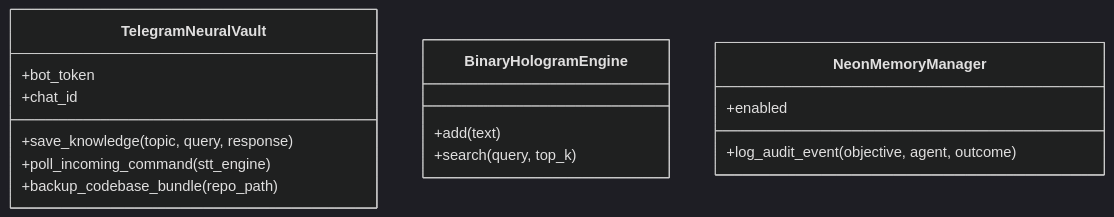
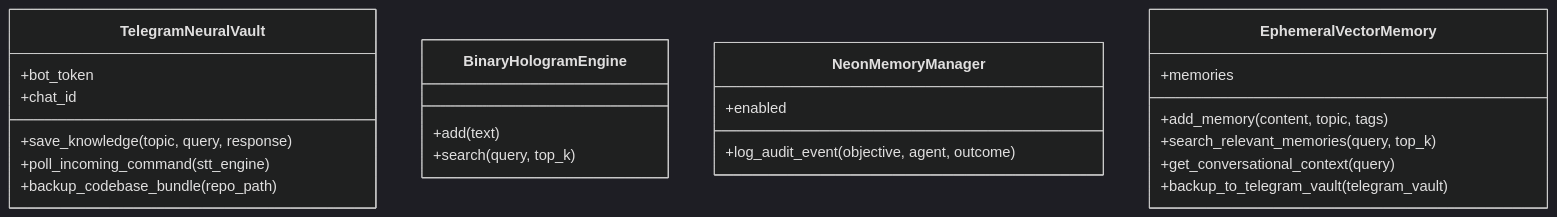
One commit to SAGBO4/FreeAi changed the diagram in docs/architecture/memory/classes.md. Above: the diagram before and after it, drawn with Mermaid (dark theme). The commit also changed 4 other files, not shown here.

Commit message:
feat(persona): endow FreeAI with human conversational persona and vector memory on telegram

````diff
--- a/docs/architecture/memory/classes.md
+++ b/docs/architecture/memory/classes.md
@@ -3,19 +3,26 @@
 ```mermaid
 classDiagram
 %% source: app/memory
 class TelegramNeuralVault {
   +bot_token
   +chat_id
   +save_knowledge(topic, query, response)
   +poll_incoming_command(stt_engine)
   +backup_codebase_bundle(repo_path)
 }
 class BinaryHologramEngine {
   +add(text)
   +search(query, top_k)
 }
 class NeonMemoryManager {
   +enabled
   +log_audit_event(objective, agent, outcome)
 }
+class EphemeralVectorMemory {
+  +memories
+  +add_memory(content, topic, tags)
+  +search_relevant_memories(query, top_k)
+  +get_conversational_context(query)
+  +backup_to_telegram_vault(telegram_vault)
+}
 ```
````
